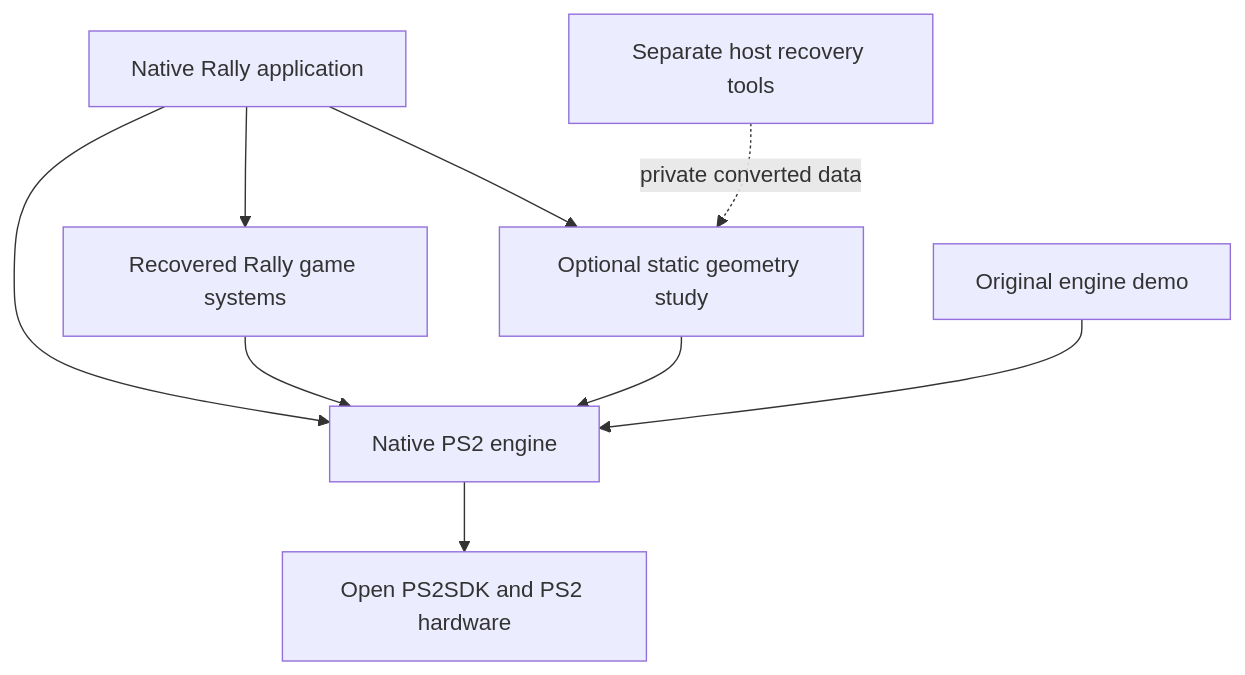
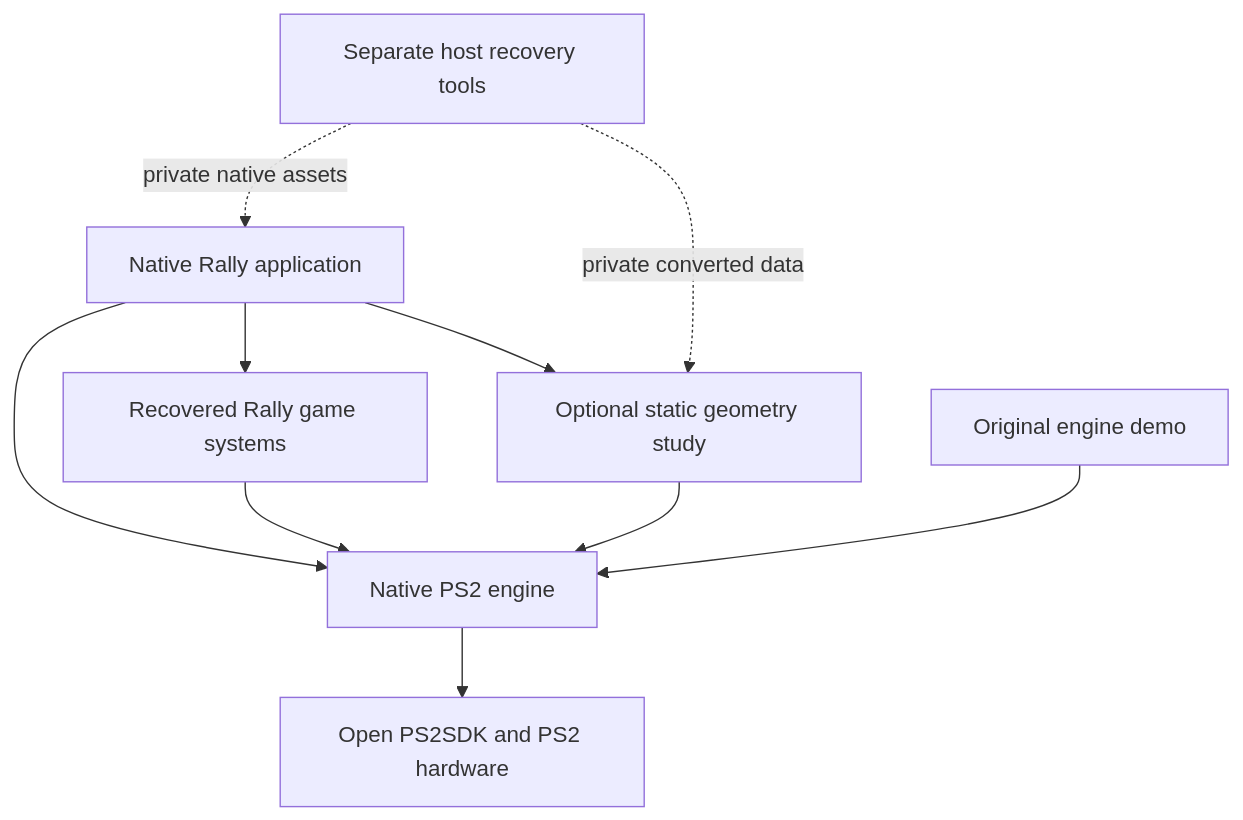
The diagram in docs/ps2-engine-architecture.md (LaurentGarcia/sega-rally-recomp), drawn with Mermaid before and after one commit. The commit also changed other lines of this file and 57 other files, not shown here.

````diff
--- a/docs/ps2-engine-architecture.md
+++ b/docs/ps2-engine-architecture.md
@@ -16,11 +16,12 @@
 ```mermaid
 flowchart TD
     Rally[Native Rally application] --> Game[Recovered Rally game systems]
     Rally --> Study[Optional static geometry study]
     Rally --> Engine[Native PS2 engine]
     Game --> Engine
     Study --> Engine
     Sample[Original engine demo] --> Engine
     Engine --> SDK[Open PS2SDK and PS2 hardware]
     Recovery[Separate host recovery tools] -. private converted data .-> Study
+    Recovery -. private native assets .-> Rally
 ```
````
